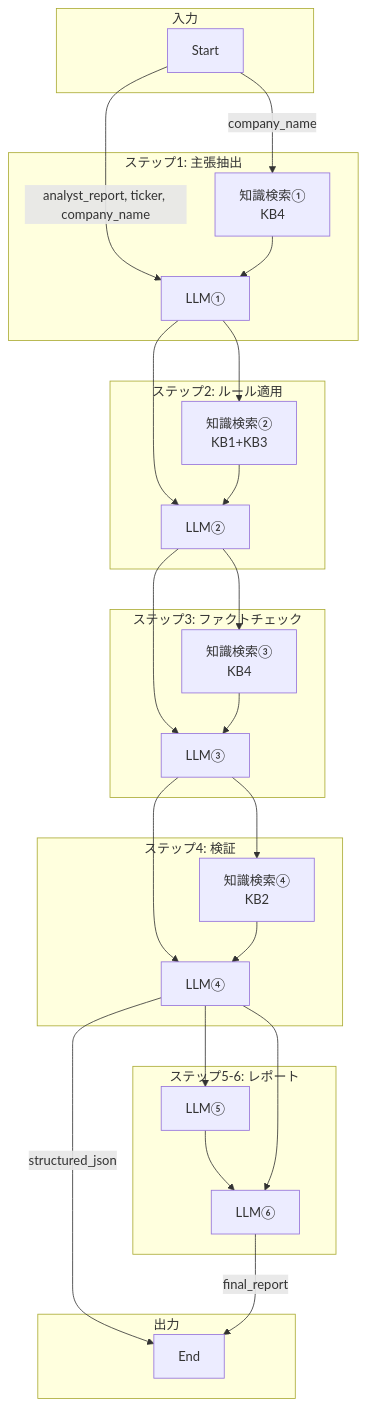
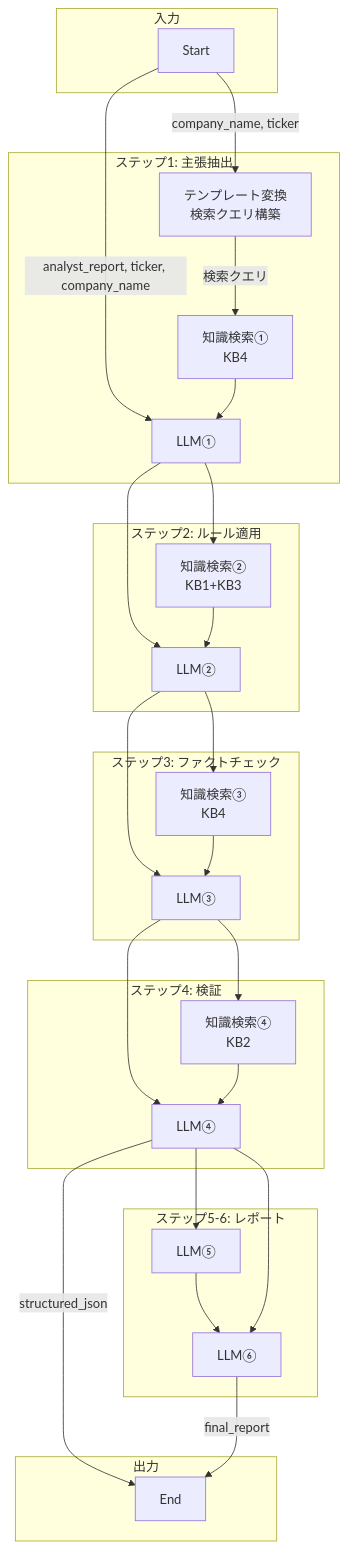
One commit to YH-05/finance changed the fifth of 5 diagrams in analyst/dify/dify_operation_guide.md. Above: the diagram before and after it, drawn with Mermaid. The commit also changed other lines of this file, not shown here.

First line of the commit message:
docs: Dify操作ガイドにテンプレート変換ノード（検索クエリ構築）を追加

````diff
--- a/analyst/dify/dify_operation_guide.md
+++ b/analyst/dify/dify_operation_guide.md
@@ -752,59 +774,61 @@
 ```mermaid
 graph TD
     subgraph 入力
         Start["Start"]
     end
 
     subgraph "ステップ1: 主張抽出"
+        TT1["テンプレート変換<br/>検索クエリ構築"]
         KR1["知識検索①<br/>KB4"]
         LLM1["LLM①"]
     end
 
     subgraph "ステップ2: ルール適用"
         KR2["知識検索②<br/>KB1+KB3"]
         LLM2["LLM②"]
     end
 
     subgraph "ステップ3: ファクトチェック"
         KR3["知識検索③<br/>KB4"]
         LLM3["LLM③"]
     end
 
     subgraph "ステップ4: 検証"
         KR4["知識検索④<br/>KB2"]
         LLM4["LLM④"]
     end
 
     subgraph "ステップ5-6: レポート"
         LLM5["LLM⑤"]
         LLM6["LLM⑥"]
     end
 
     subgraph 出力
         End["End"]
     end
 
+    Start -->|company_name, ticker| TT1
+    TT1 -->|検索クエリ| KR1
     Start -->|analyst_report, ticker, company_name| LLM1
-    Start -->|company_name| KR1
     KR1 --> LLM1
 
     LLM1 --> KR2
     LLM1 --> LLM2
     KR2 --> LLM2
 
     LLM2 --> KR3
     LLM2 --> LLM3
     KR3 --> LLM3
 
     LLM3 --> KR4
     LLM3 --> LLM4
     KR4 --> LLM4
 
     LLM4 --> LLM5
     LLM4 -->|structured_json| End
 
     LLM5 --> LLM6
     LLM4 --> LLM6
 
     LLM6 -->|final_report| End
 ```
````
